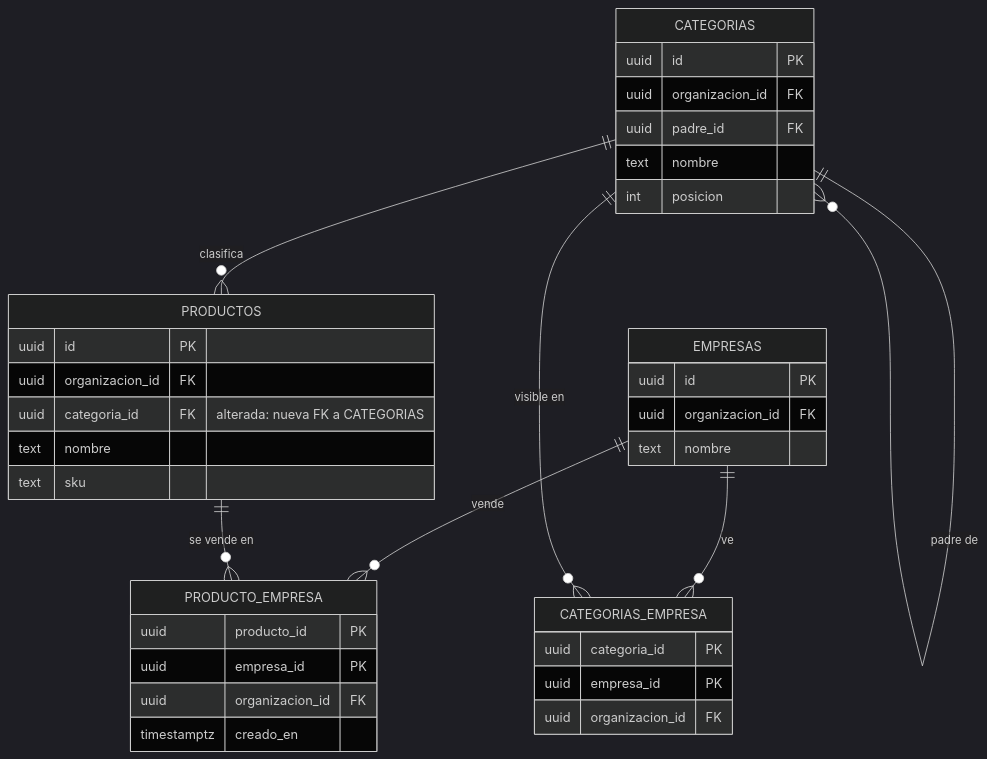
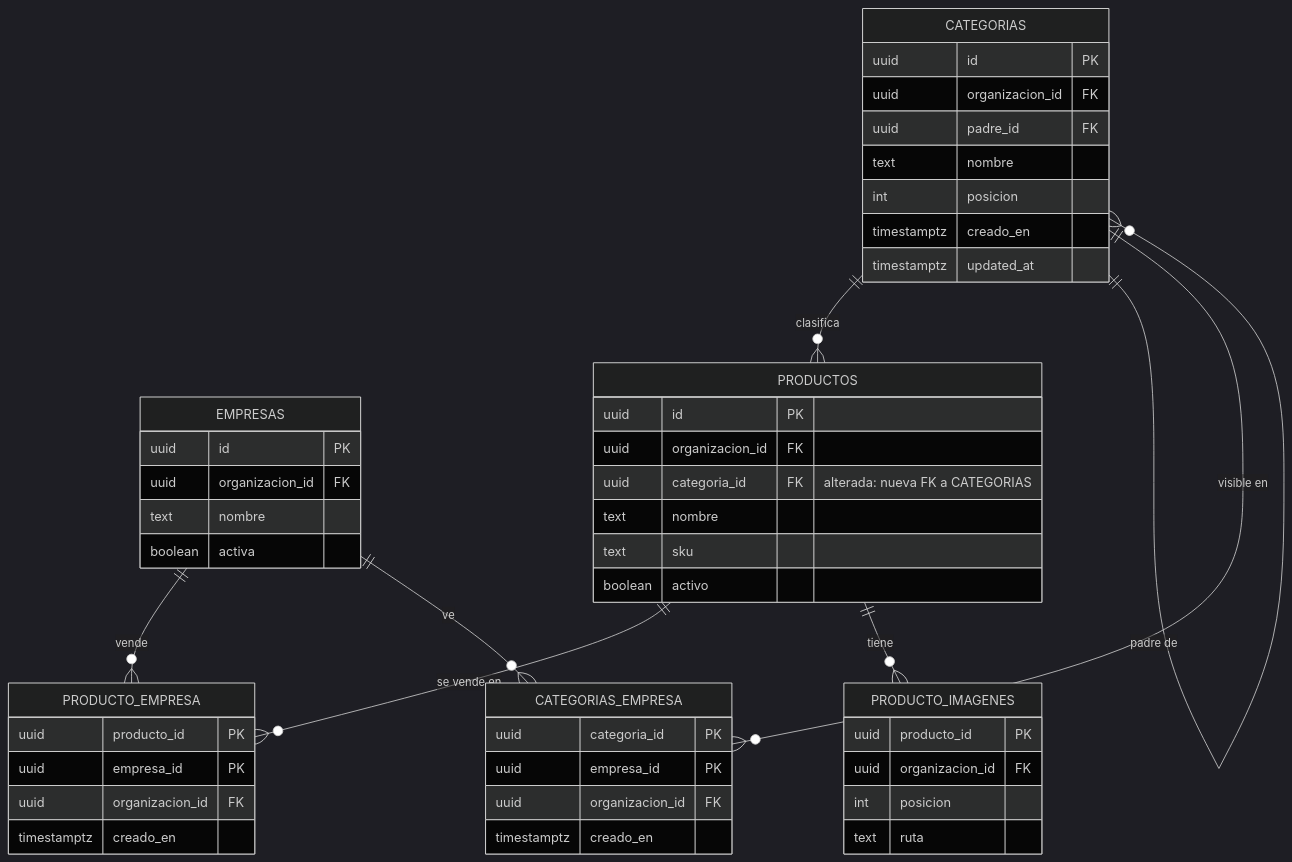
Before and after one commit to nicolasjones/multistorefront-meli: the first of 20 diagrams in docs/tecnico/datos.md, drawn with Mermaid (dark theme). The commit also changed other lines of this file and 12 other files, not shown here.

````diff
--- a/docs/tecnico/datos.md
+++ b/docs/tecnico/datos.md
@@ -21,30 +30,40 @@
 ```mermaid
 erDiagram
   EMPRESAS ||--o{ PRODUCTO_EMPRESA : "vende"
   PRODUCTOS ||--o{ PRODUCTO_EMPRESA : "se vende en"
   CATEGORIAS ||--o{ PRODUCTOS : "clasifica"
   CATEGORIAS ||--o{ CATEGORIAS : "padre de"
   EMPRESAS ||--o{ CATEGORIAS_EMPRESA : "ve"
   CATEGORIAS ||--o{ CATEGORIAS_EMPRESA : "visible en"
+  PRODUCTOS ||--o{ PRODUCTO_IMAGENES : "tiene"
 
   EMPRESAS { uuid id PK
              uuid organizacion_id FK
-             text nombre }
+             text nombre
+             boolean activa }
   PRODUCTOS { uuid id PK
               uuid organizacion_id FK
               uuid categoria_id FK "alterada: nueva FK a CATEGORIAS"
               text nombre
-              text sku }
+              text sku
+              boolean activo }
   PRODUCTO_EMPRESA { uuid producto_id PK
                      uuid empresa_id PK
                      uuid organizacion_id FK
                      timestamptz creado_en }
   CATEGORIAS { uuid id PK
                uuid organizacion_id FK
                uuid padre_id FK
                text nombre
-               int posicion }
+               int posicion
+               timestamptz creado_en
+               timestamptz updated_at }
   CATEGORIAS_EMPRESA { uuid categoria_id PK
                        uuid empresa_id PK
-                       uuid organizacion_id FK }
+                       uuid organizacion_id FK
+                       timestamptz creado_en }
+  PRODUCTO_IMAGENES { uuid producto_id PK
+                      uuid organizacion_id FK
+                      int posicion
+                      text ruta }
 ```
````
